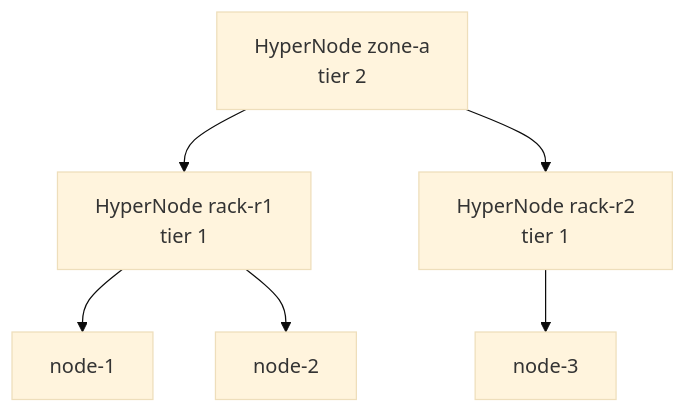
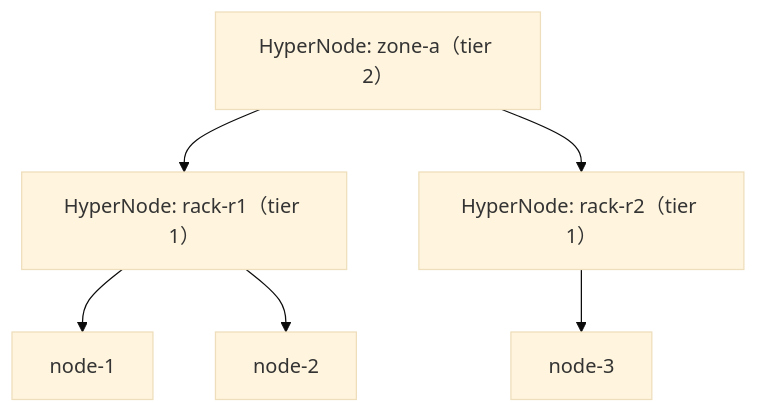
The tenth of 15 diagrams in docs/research/k8s-workload-aware-scheduling-vs-volcano-cn.md (JesseStutler/volcano), drawn with Mermaid (base theme) before and after one commit. The commit also changed other lines of this file and 1 other file, not shown here.

````diff
--- a/docs/research/k8s-workload-aware-scheduling-vs-volcano-cn.md
+++ b/docs/research/k8s-workload-aware-scheduling-vs-volcano-cn.md
@@ -529,14 +439,15 @@
 ```mermaid
 flowchart TD
-    H2["HyperNode zone-a<br/>tier 2"]
-    H11["HyperNode rack-r1<br/>tier 1"]
-    H12["HyperNode rack-r2<br/>tier 1"]
+    H2["HyperNode: zone-a（tier 2）"]
+    H11["HyperNode: rack-r1（tier 1）"]
+    H12["HyperNode: rack-r2（tier 1）"]
     VN1["node-1"]
     VN2["node-2"]
     VN3["node-3"]
+
     H2 --> H11
     H2 --> H12
     H11 --> VN1
     H11 --> VN2
     H12 --> VN3
 ```
````
